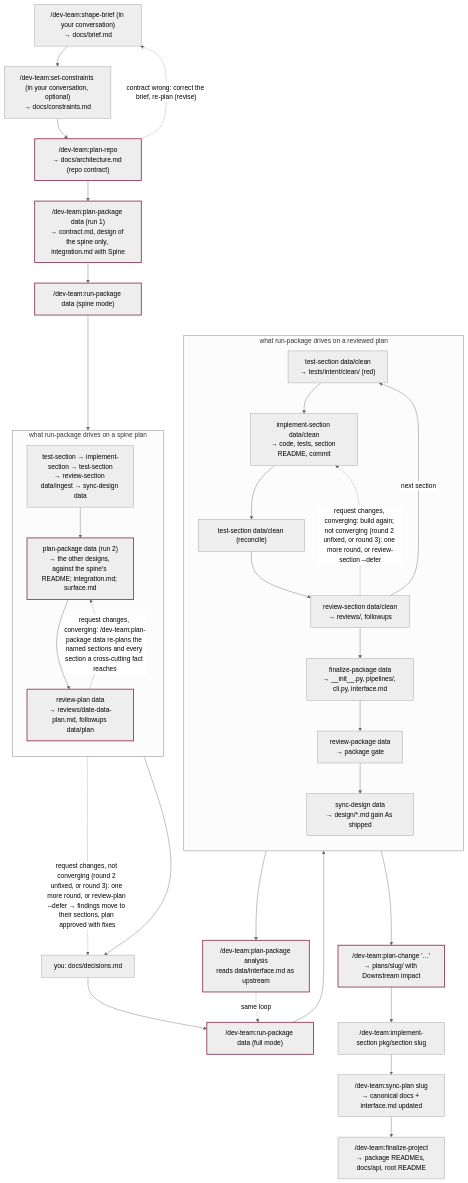
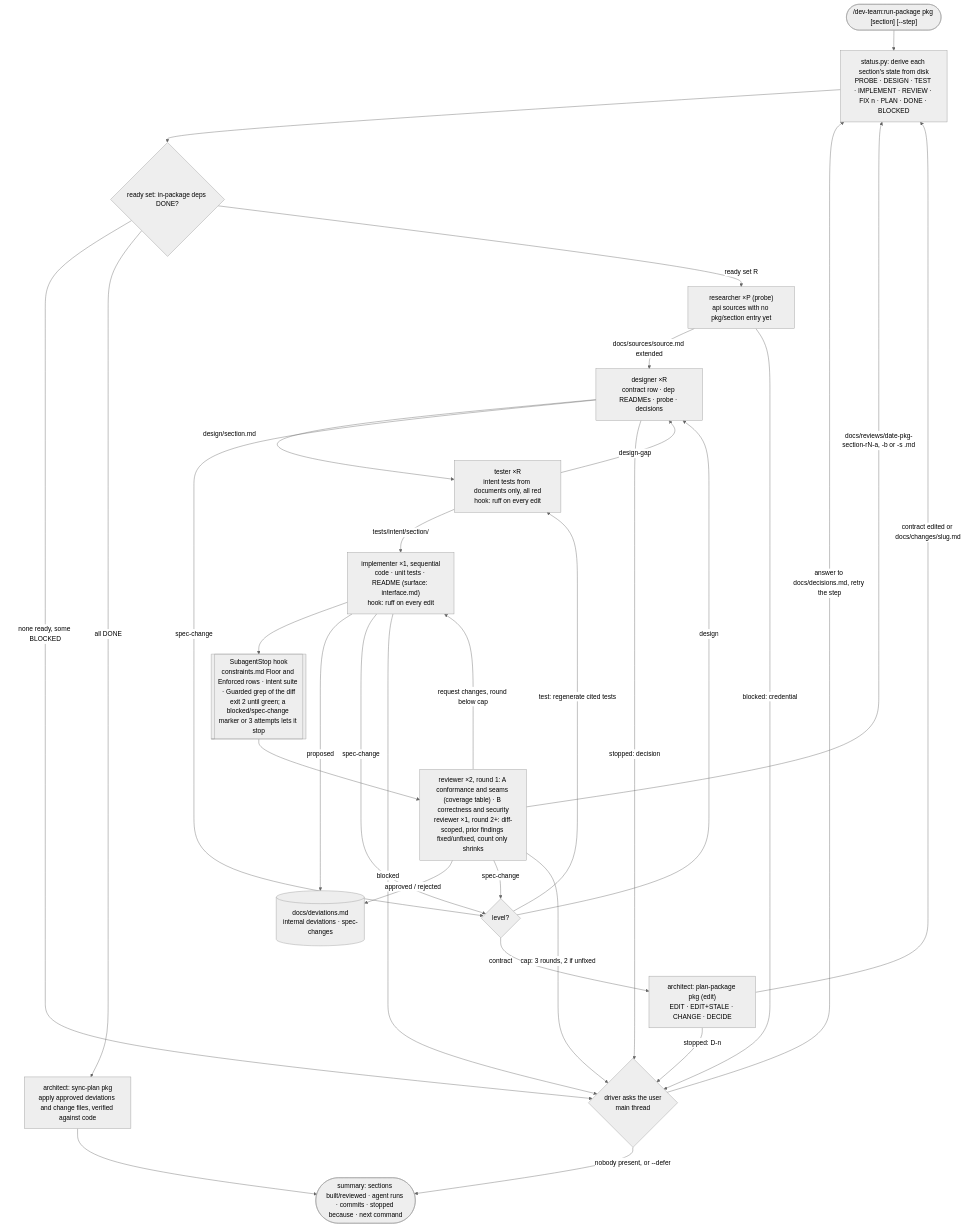
The second of 3 diagrams in dev-team/site/flow.md (cott435/cott-plugins), drawn with Mermaid (neutral theme) before and after one commit. The commit also changed other lines of this file and 39 other files, not shown here.

First line of the commit message:
dev-team remake (phase 11): removed skills deleted; README, site, changelog; end-to-end eval

````diff
--- a/dev-team/site/flow.md
+++ b/dev-team/site/flow.md
@@ -45,42 +49,33 @@
 ```mermaid
-flowchart TD
-  S["/dev-team:shape-brief (in your conversation)<br/>→ docs/brief.md"]
-  S --> K["/dev-team:set-constraints (in your conversation, optional)<br/>→ docs/constraints.md"]
-  K --> A
-  A["/dev-team:plan-repo<br/>→ docs/architecture.md (repo contract)"]
-  A -. "contract wrong: correct the brief, re-plan (revise)" .-> S
-  A --> B1["/dev-team:plan-package data (run 1)<br/>→ contract.md, design of the spine only, integration.md with Spine"]
-  B1 --> R1["/dev-team:run-package data (spine mode)"]
-  subgraph spine["what run-package drives on a spine plan"]
-    direction TB
-    SP["test-section → implement-section → test-section<br/>→ review-section data/ingest → sync-design data"]
-    SP --> B2["plan-package data (run 2)<br/>→ the other designs, against the spine's README; integration.md; surface.md"]
-    B2 --> RP["review-plan data<br/>→ reviews/date-data-plan.md, followups data/plan"]
-  end
-  R1 --> SP
-  RP -. "request changes, converging: /dev-team:plan-package data re-plans the named sections and every section a cross-cutting fact reaches" .-> B2
-  RP -. "request changes, not converging (round 2 unfixed, or round 3): one more round, or review-plan --defer → findings move to their sections, plan approved with fixes" .-> DEC
-  RP --> DEC["you: docs/decisions.md"]
-  DEC --> R2["/dev-team:run-package data (full mode)"]
-  subgraph full["what run-package drives on a reviewed plan"]
-    direction TB
-    T1["test-section data/clean<br/>→ tests/intent/clean/ (red)"]
-    T1 --> C["implement-section data/clean<br/>→ code, tests, section README, commit"]
-    C --> T2["test-section data/clean (reconcile)"]
-    T2 --> D["review-section data/clean<br/>→ reviews/, followups"]
-    D -. "request changes, converging: build again; not converging (round 2 unfixed, or round 3): one more round, or review-section --defer" .-> C
-    D -->|next section| T1
-    D --> E["finalize-package data<br/>→ __init__.py, pipelines/, cli.py, interface.md"]
-    E --> F["review-package data<br/>→ package gate"]
-    F --> SD["sync-design data<br/>→ design/*.md gain As shipped"]
-  end
-  R2 --> T1
-  SD --> G["/dev-team:plan-package analysis<br/>reads data/interface.md as upstream"]
-  G -.->|same loop| R2
-  F --> H["/dev-team:plan-change '…'<br/>→ plans/slug/ with Downstream impact"]
-  H --> I["/dev-team:implement-section pkg/section slug"]
-  I --> J["/dev-team:sync-plan slug<br/>→ canonical docs + interface.md updated"]
-  J --> K2["/dev-team:finalize-project<br/>→ package READMEs, docs/api, root README"]
-  classDef stop stroke:#8a2f4a,stroke-width:2px;
-  class A,B1,B2,RP,R1,R2,G,H stop;
+flowchart TB
+  CMD(["/dev-team:run-package pkg [section] [--step]"]) --> STATE["status.py: derive each section's state from disk<br/>PROBE · DESIGN · TEST · IMPLEMENT · REVIEW · FIX n · PLAN · DONE · BLOCKED"]
+  STATE --> READY{"ready set: in-package deps DONE?"}
+  READY -->|"none ready, some BLOCKED"| ASK
+  READY -->|"all DONE"| SYNC["architect: sync-plan pkg<br/>apply approved deviations and change files, verified against code"]
+  READY -->|"ready set R"| PROBE["researcher ×P (probe)<br/>api sources with no pkg/section entry yet"]
+  PROBE -->|"docs/sources/source.md extended"| DESIGN["designer ×R<br/>contract row · dep READMEs · probe · decisions"]
+  DESIGN -->|"design/section.md"| TEST["tester ×R<br/>intent tests from documents only, all red<br/>hook: ruff on every edit"]
+  TEST -->|"design-gap"| DESIGN
+  TEST -->|"tests/intent/section/"| IMPL["implementer ×1, sequential<br/>code · unit tests · README (surface: interface.md)<br/>hook: ruff on every edit"]
+  IMPL --> GATE[["SubagentStop hook<br/>constraints.md Floor and Enforced rows · intent suite · Guarded grep of the diff<br/>exit 2 until green; a blocked/spec-change marker or 3 attempts lets it stop"]]
+  GATE --> REVIEW["reviewer ×2, round 1: A conformance and seams (coverage table) · B correctness and security<br/>reviewer ×1, round 2+: diff-scoped, prior findings fixed/unfixed, count only shrinks"]
+  REVIEW -->|"docs/reviews/date-pkg-section-rN-a, -b or -s .md"| STATE
+  REVIEW -->|"request changes, round below cap"| IMPL
+  IMPL -->|"proposed"| DEV[("docs/deviations.md<br/>internal deviations · spec-changes")]
+  REVIEW -->|"approved / rejected"| DEV
+  DESIGN -->|"spec-change"| LEVEL
+  IMPL -->|"spec-change"| LEVEL
+  REVIEW -->|"spec-change"| LEVEL{"level?"}
+  LEVEL -->|"test: regenerate cited tests"| TEST
+  LEVEL -->|"design"| DESIGN
+  LEVEL -->|"contract"| ARCH["architect: plan-package pkg (edit)<br/>EDIT · EDIT+STALE · CHANGE · DECIDE"]
+  ARCH -->|"contract edited or docs/changes/slug.md"| STATE
+  ARCH -->|"stopped: D-n"| ASK{"driver asks the user<br/>main thread"}
+  PROBE -->|"blocked: credential"| ASK
+  DESIGN -->|"stopped: decision"| ASK
+  IMPL -->|"blocked"| ASK
+  REVIEW -->|"cap: 3 rounds, 2 if unfixed"| ASK
+  ASK -->|"answer to docs/decisions.md, retry the step"| STATE
+  ASK -->|"nobody present, or --defer"| SUM(["summary: sections built/reviewed · agent runs · commits · stopped because · next command"])
+  SYNC --> SUM
 ```
````
